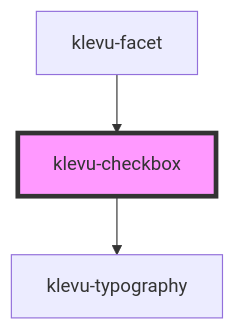
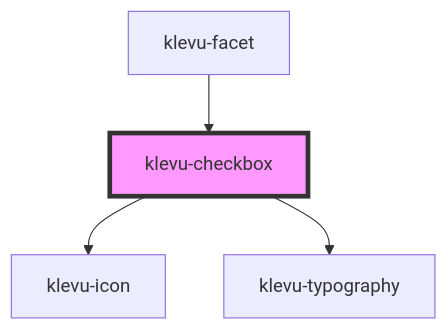
Before and after one commit to klevultd/frontend-sdk: the diagram in packages/klevu-ui/src/components/klevu-checkbox/readme.md, drawn with Mermaid. The commit also changed other lines of this file and 80 other files, not shown here.

Commit message:
Create a klevu-icon component

````diff
--- a/packages/klevu-ui/src/components/klevu-checkbox/readme.md
+++ b/packages/klevu-ui/src/components/klevu-checkbox/readme.md
@@ -44,6 +38,7 @@
 ```mermaid
 graph TD;
+  klevu-checkbox --> klevu-icon
   klevu-checkbox --> klevu-typography
   klevu-facet --> klevu-checkbox
   style klevu-checkbox fill:#f9f,stroke:#333,stroke-width:4px
 ```
````
